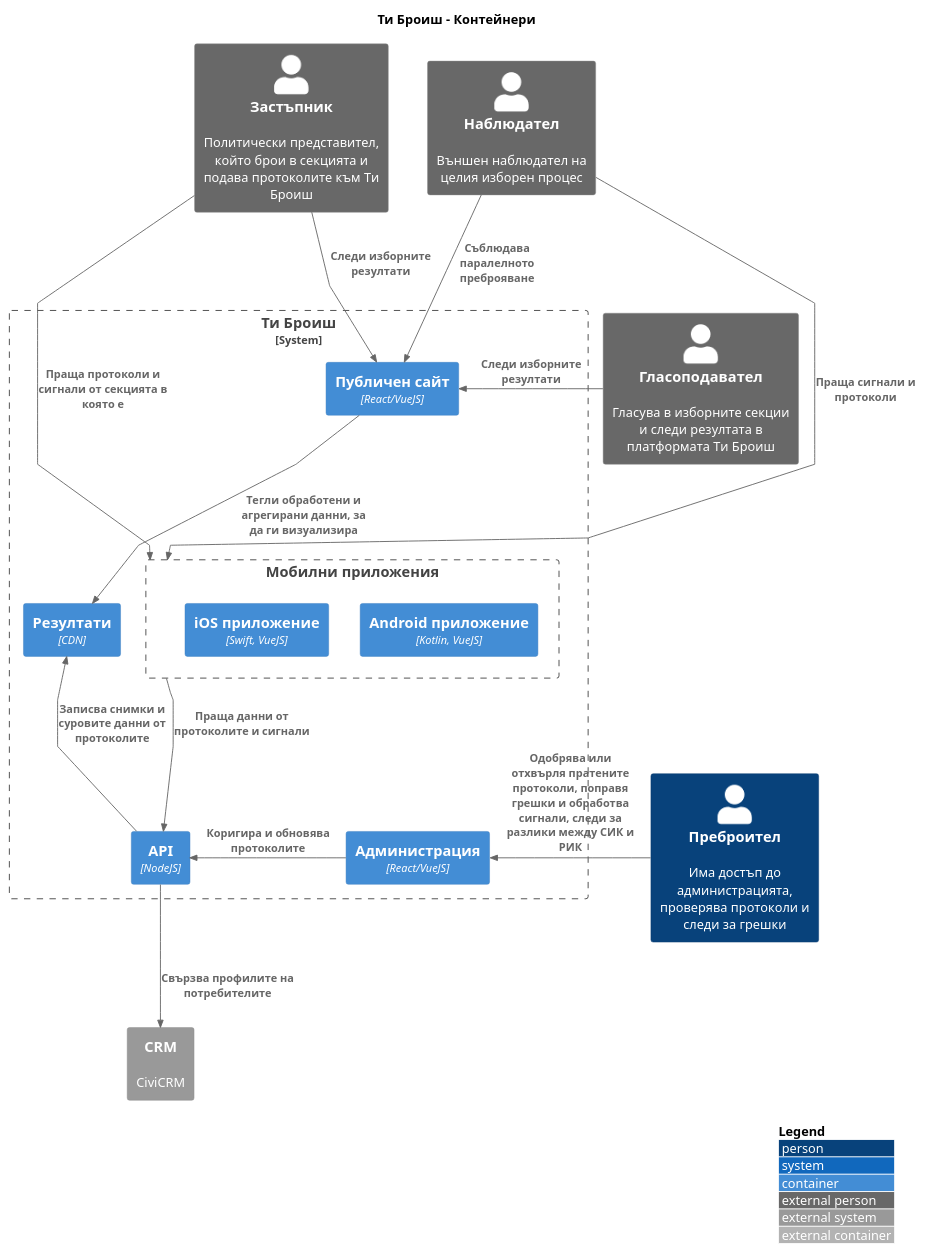
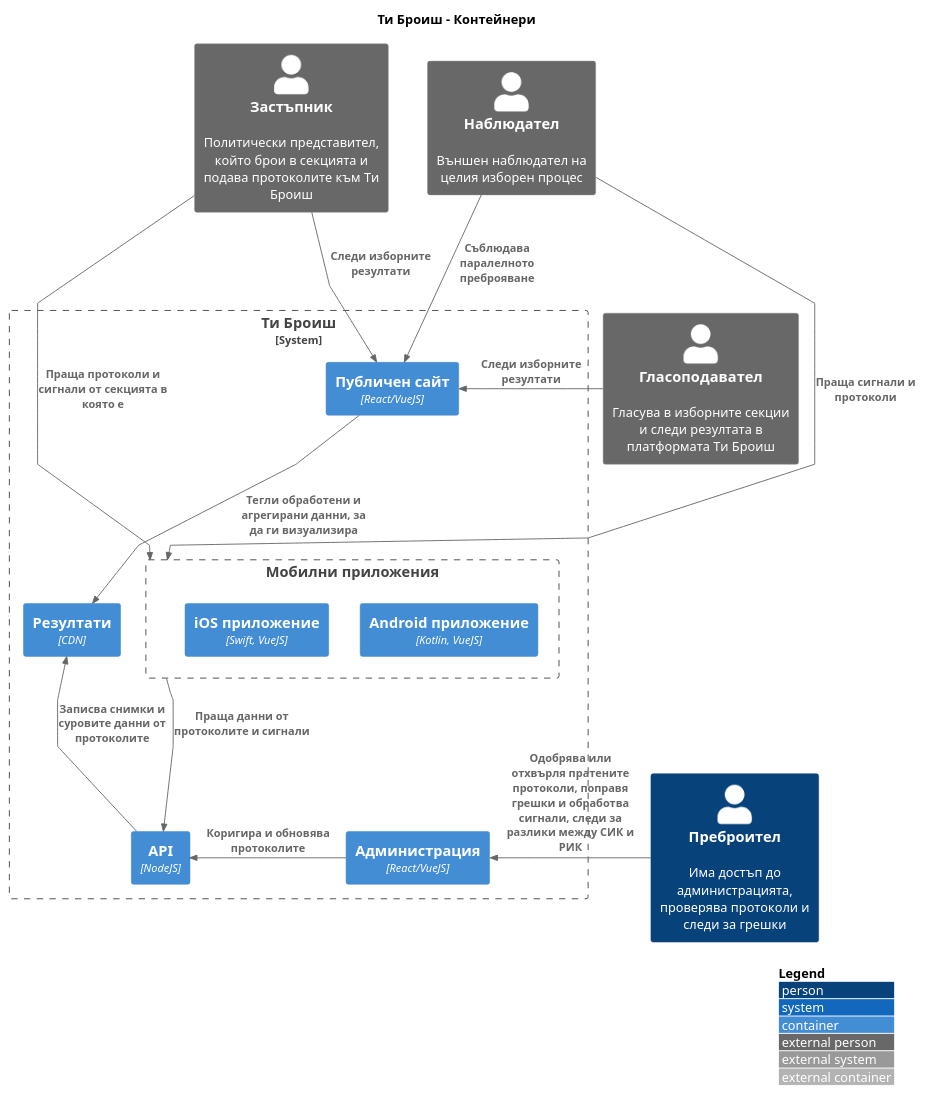
Before and after one commit to ti-broish/docs: the diagram in src/Контекст/Ти Броиш/1.контейнери.puml, drawn with PlantUML. The commit also changed 3 other files, not shown here.

```diff
--- a/src/Контекст/Ти Броиш/1.контейнери.puml
+++ b/src/Контекст/Ти Броиш/1.контейнери.puml
@@ -1,46 +1,43 @@
 @startuml
 !include https://raw.githubusercontent.com/adrianvlupu/C4-PlantUML/latest/C4_Container.puml
 
 LAYOUT_WITH_LEGEND()
 
 skinparam linetype polyline
 
 title Ти Броиш - Контейнери
 
 Person_Ext(voter, "Гласоподавател", "Гласува в изборните секции и следи резултата в платформата Ти Броиш")
 Person_Ext(representative, "Застъпник", "Политически представител, който брои в секцията и подава протоколите към Ти Броиш")
 Person_Ext(observer, "Наблюдател", "Външен наблюдател на целия изборен процес")
 Person(validator, "Преброител", "Има достъп до администрацията, проверява протоколи и следи за грешки")
 
 System_Boundary(you_count, "Ти Броиш") {
     Boundary(mobile_clients, "Мобилни приложения") {
         Container(android_client, "Android приложение", "Kotlin, VueJS")
         Container(ios_client, "iOS приложение", "Swift, VueJS")
     }
 
     Container(web_client, "Публичен сайт", "React/VueJS")
     Container(admin_client, "Администрация", "React/VueJS")
 
     Container(results, "Резултати", "CDN")
 
     Container(api, "API", "NodeJS")
 
     Rel(web_client, results, "Тегли обработени и агрегирани данни, за да ги визуализира")
     Rel(mobile_clients, api, "Праща данни от протоколите и сигнали")
 
     Rel_Left(admin_client, api, "Коригира и обновява протоколите")
     Rel_Up(api, results, "Записва снимки и суровите данни от протоколите")
 }
 
-System_Ext(crm, "CRM", "CiviCRM")
-Rel(api, crm, "Свързва профилите на потребителите")
-
 Rel_Left(voter, web_client, "Следи изборните резултати")
 Rel(representative, mobile_clients, "Праща протоколи и сигнали от секцията в която е")
 Rel(representative, web_client, "Следи изборните резултати")
 Rel(observer, web_client, "Съблюдава паралелното преброяване")
 Rel(observer, mobile_clients, "Праща сигнали и протоколи")
 Rel_Left(validator, admin_client, "Одобрява или отхвърля пратените протоколи, поправя грешки и обработва сигнали, следи за разлики между СИК и РИК")
 
 
 @enduml
```
